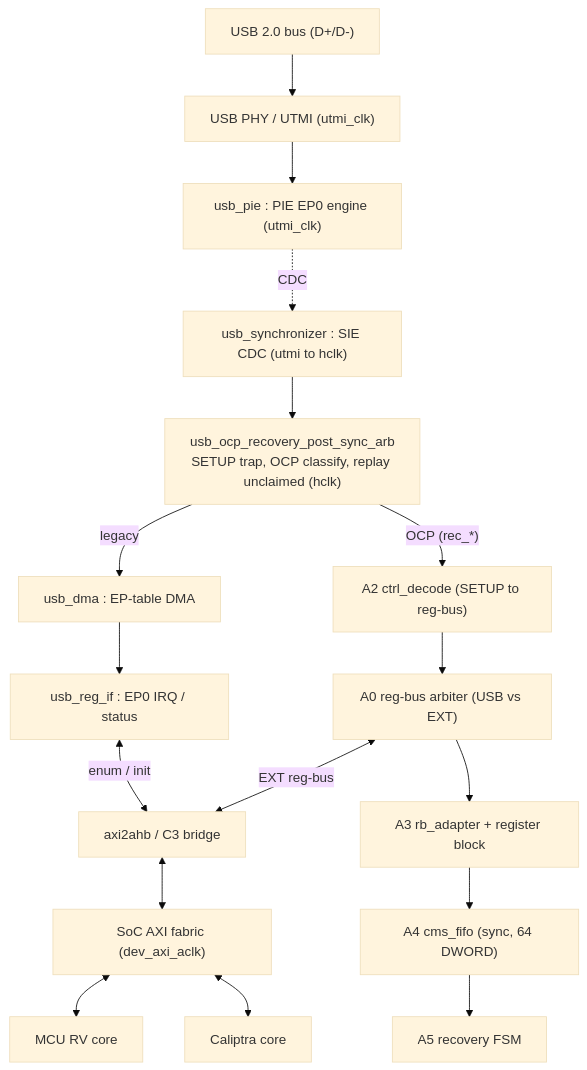
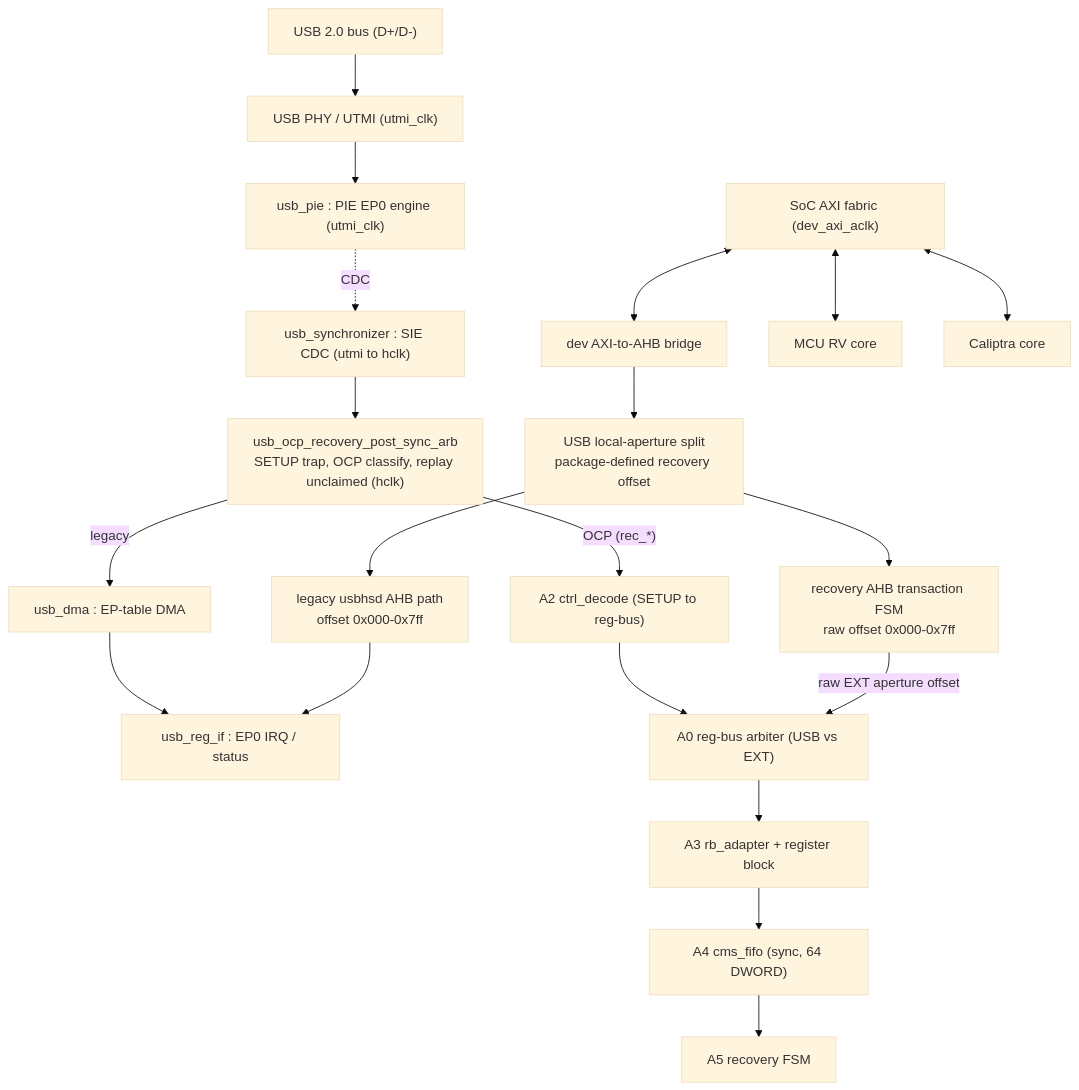
One commit to chipsalliance/caliptra-ss changed the second of 3 diagrams in docs/usb2_recovery_spec/README.md. Above: the diagram before and after it, drawn with Mermaid (base theme). The commit also changed other lines of this file, not shown here.

Commit message:
Update recovery arch spec with reset design, updated rb_adapter logic

````diff
--- a/docs/usb2_recovery_spec/README.md
+++ b/docs/usb2_recovery_spec/README.md
@@ -115,29 +115,32 @@
 ```mermaid
 flowchart TB
     bus["USB 2.0 bus (D+/D-)"]
     phy["USB PHY / UTMI (utmi_clk)"]
     pie["usb_pie : PIE EP0 engine (utmi_clk)"]
     sync["usb_synchronizer : SIE CDC (utmi to hclk)"]
     arb["usb_ocp_recovery_post_sync_arb<br/>SETUP trap, OCP classify, replay unclaimed (hclk)"]
     dma["usb_dma : EP-table DMA"]
     regif["usb_reg_if : EP0 IRQ / status"]
     a2["A2 ctrl_decode (SETUP to reg-bus)"]
     a0["A0 reg-bus arbiter (USB vs EXT)"]
     a3["A3 rb_adapter + register block"]
     a4["A4 cms_fifo (sync, 64 DWORD)"]
     a5["A5 recovery FSM"]
-    bridge["axi2ahb / C3 bridge"]
+    ahb["dev AXI-to-AHB bridge"]
+    split["USB local-aperture split<br/>package-defined recovery offset"]
+    legacy_ahb["legacy usbhsd AHB path<br/>offset 0x000-0x7ff"]
+    rec_ahb["recovery AHB transaction FSM<br/>raw offset 0x000-0x7ff"]
     fab["SoC AXI fabric (dev_axi_aclk)"]
     fw["MCU RV core"]
     cptra["Caliptra core"]
 
     bus --> phy --> pie
     pie -.->|CDC| sync --> arb
     arb -->|legacy| dma --> regif
     arb -->|"OCP (rec_*)"| a2 --> a0 --> a3 --> a4 --> a5
-    regif <-->|"enum / init"| bridge
-    a0 <-->|"EXT reg-bus"| bridge
-    bridge <--> fab
+    fab <--> ahb --> split
+    split --> legacy_ahb --> regif
+    split --> rec_ahb -->|"raw EXT aperture offset"| a0
     fab <--> fw
     fab <--> cptra
 ```
````
